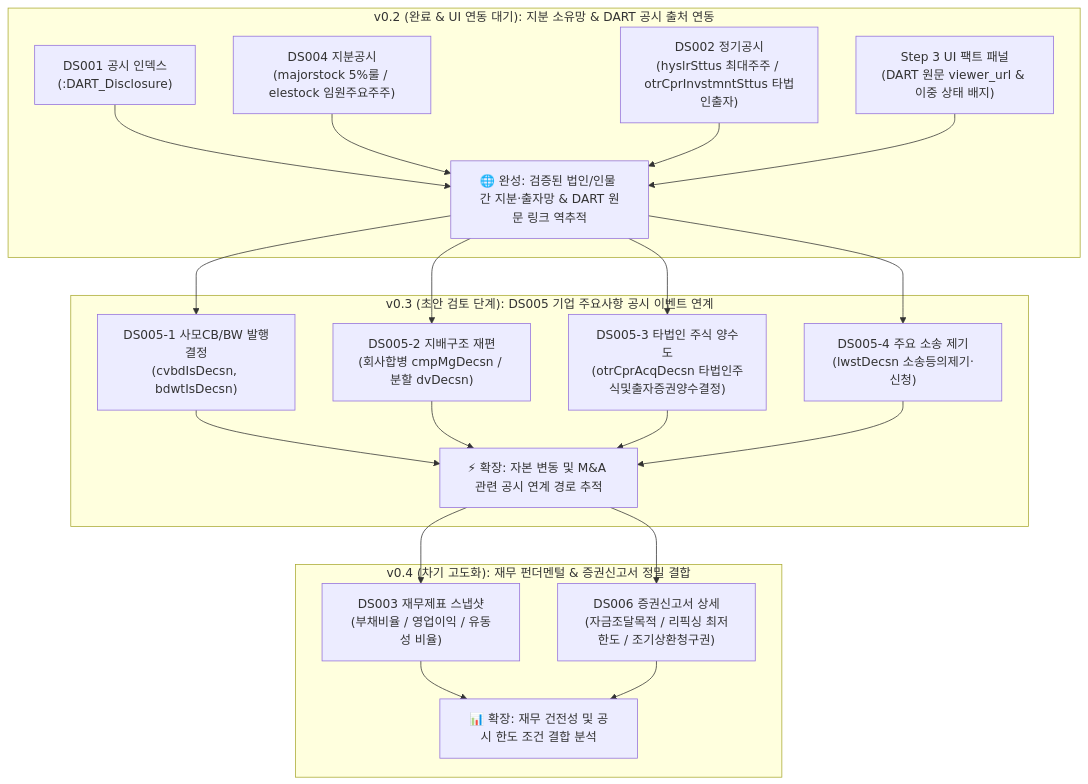
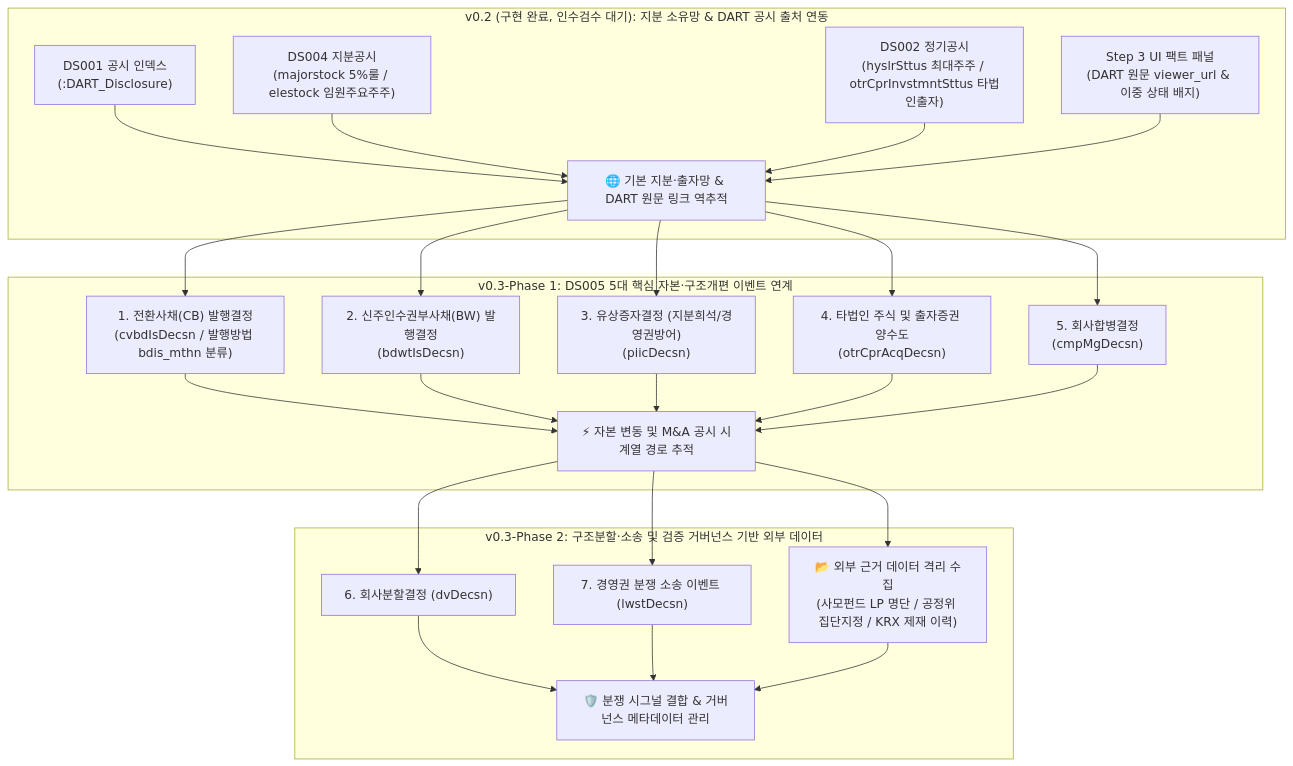
Before and after one commit to mycar4/enkoa-practice-knowledge-graph: the first of 2 diagrams in 내작업폴더/00_DART_Trace_지식그래프_온톨로지_및_데이터구조_명세서_v0.3.md, drawn with Mermaid. The commit also changed other lines of this file and 5 other files, not shown here.

Commit message:
feat: complete v0.2 Step 4 GraphRAG chatbot verification and close v0.2 milestone

````diff
--- a/내작업폴더/00_DART_Trace_지식그래프_온톨로지_및_데이터구조_명세서_v0.3.md
+++ b/내작업폴더/00_DART_Trace_지식그래프_온톨로지_및_데이터구조_명세서_v0.3.md
@@ -14,26 +18,28 @@
 ```mermaid
 flowchart TD
-    subgraph V02 ["v0.2 (완료 & UI 연동 대기): 지분 소유망 & DART 공시 출처 연동"]
+    subgraph V02 ["v0.2 (구현 완료, 인수검수 대기): 지분 소유망 & DART 공시 출처 연동"]
         A1["DS001 공시 인덱스\n(:DART_Disclosure)"]
         A2["DS004 지분공시\n(majorstock 5%룰 / elestock 임원주요주주)"]
         A3["DS002 정기공시\n(hyslrSttus 최대주주 / otrCprInvstmntSttus 타법인출자)"]
         A4["Step 3 UI 팩트 패널\n(DART 원문 viewer_url & 이중 상태 배지)"]
-        A1 & A2 & A3 & A4 --> R1["🌐 완성: 검증된 법인/인물 간 지분·출자망 & DART 원문 링크 역추적"]
+        A1 & A2 & A3 & A4 --> R1["🌐 기본 지분·출자망 & DART 원문 링크 역추적"]
     end
 
-    subgraph V03 ["v0.3 (초안 검토 단계): DS005 기업 주요사항 공시 이벤트 연계"]
-        B1["DS005-1 사모CB/BW 발행결정\n(cvbdIsDecsn, bdwtIsDecsn)"]
-        B2["DS005-2 지배구조 재편\n(회사합병 cmpMgDecsn / 분할 dvDecsn)"]
-        B3["DS005-3 타법인 주식 양수도\n(otrCprAcqDecsn 타법인주식및출자증권양수결정)"]
-        B4["DS005-4 주요 소송 제기\n(lwstDecsn 소송등의제기·신청)"]
-        R1 --> B1 & B2 & B3 & B4
-        B1 & B2 & B3 & B4 --> R2["⚡ 확장: 자본 변동 및 M&A 관련 공시 연계 경로 추적"]
+    subgraph V03_1 ["v0.3-Phase 1: DS005 5대 핵심 자본·구조개편 이벤트 연계"]
+        B1["1. 전환사채(CB) 발행결정\n(cvbdIsDecsn / 발행방법 bdis_mthn 분류)"]
+        B2["2. 신주인수권부사채(BW) 발행결정\n(bdwtIsDecsn)"]
+        B3["3. 유상증자결정 (지분희석/경영권방어)\n(piicDecsn)"]
+        B4["4. 타법인 주식 및 출자증권 양수도\n(otrCprAcqDecsn)"]
+        B5["5. 회사합병결정\n(cmpMgDecsn)"]
+        R1 --> B1 & B2 & B3 & B4 & B5
+        B1 & B2 & B3 & B4 & B5 --> R2["⚡ 자본 변동 및 M&A 공시 시계열 경로 추적"]
     end
 
-    subgraph V04 ["v0.4 (차기 고도화): 재무 펀더멘털 & 증권신고서 정밀 결합"]
-        C1["DS003 재무제표 스냅샷\n(부채비율 / 영업이익 / 유동성 비율)"]
-        C2["DS006 증권신고서 상세\n(자금조달목적 / 리픽싱 최저한도 / 조기상환청구권)"]
-        R2 --> C1 & C2
-        C1 & C2 --> R3["📊 확장: 재무 건전성 및 공시 한도 조건 결합 분석"]
+    subgraph V03_2 ["v0.3-Phase 2: 구조분할·소송 및 검증 거버넌스 기반 외부 데이터"]
+        C1["6. 회사분할결정 (dvDecsn)"]
+        C2["7. 경영권 분쟁 소송 이벤트 (lwstDecsn)"]
+        C3["📂 외부 근거 데이터 격리 수집\n(사모펀드 LP 명단 / 공정위 집단지정 / KRX 제재 이력)"]
+        R2 --> C1 & C2 & C3
+        C1 & C2 & C3 --> R3["🛡️ 분쟁 시그널 결합 & 거버넌스 메타데이터 관리"]
     end
 ```
````
